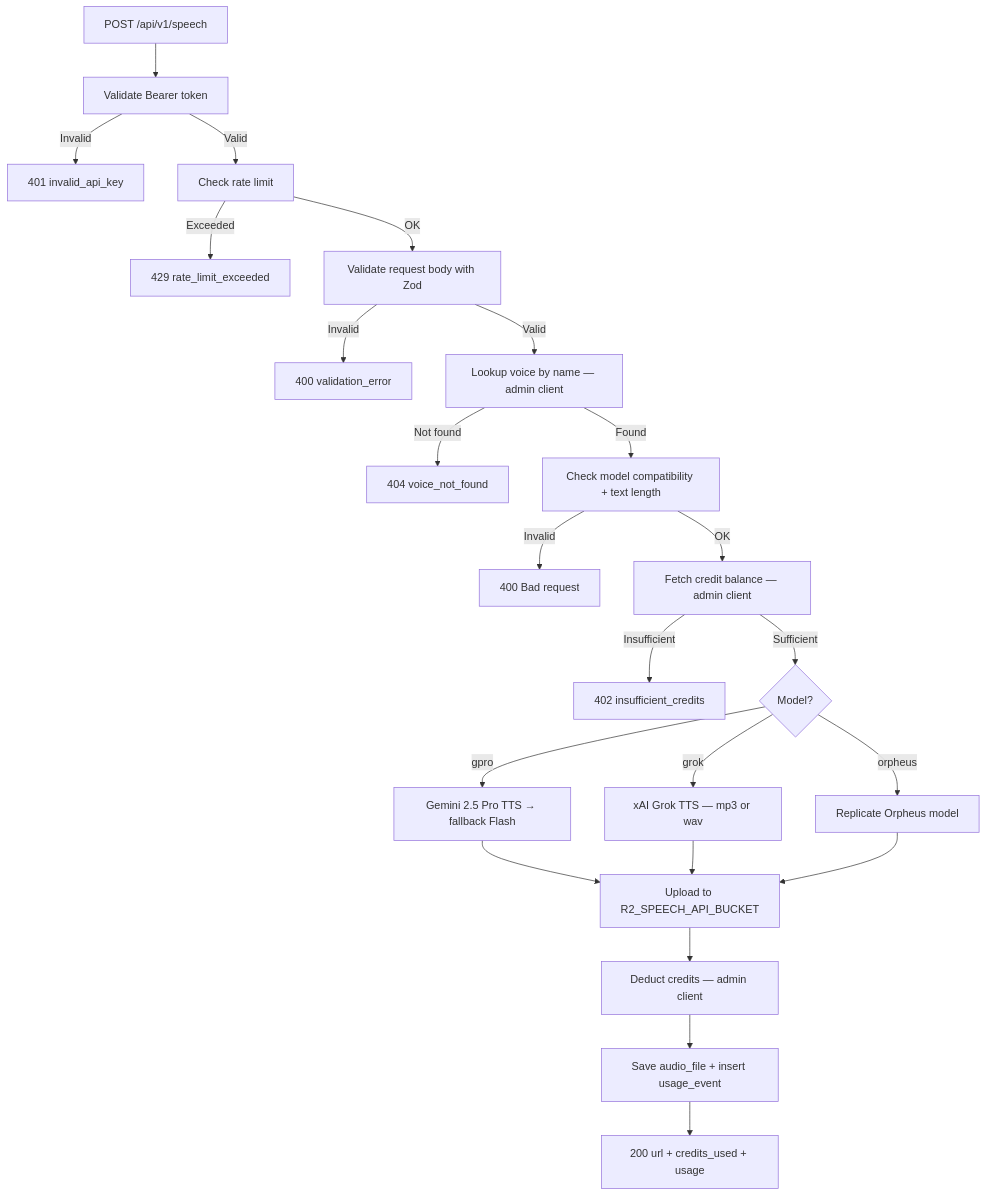
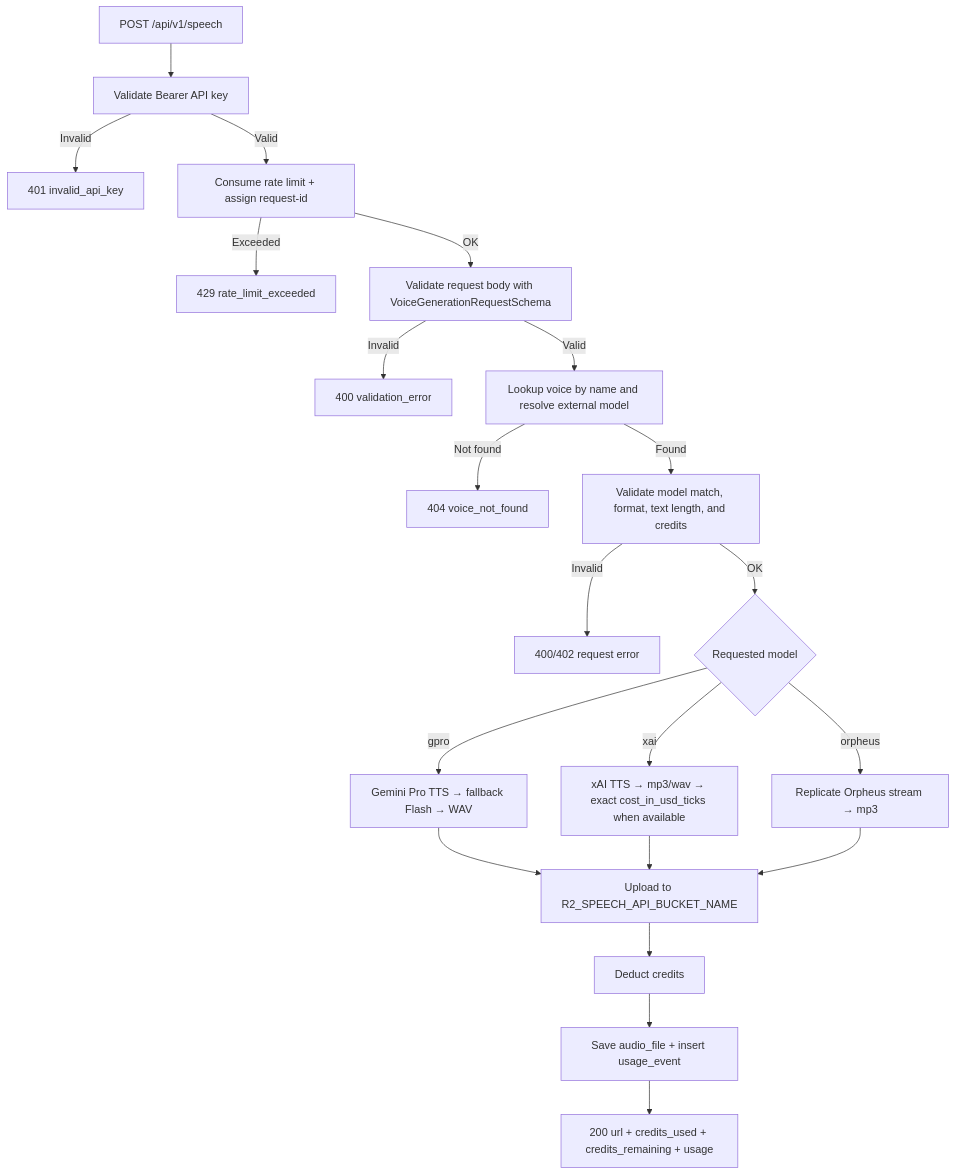
One commit to gianpaj/sexyvoice changed the first of 4 diagrams in ARCHITECTURE.md. Above: the diagram before and after it, drawn with Mermaid. The commit also changed other lines of this file and 4 other files, not shown here.

````diff
--- a/ARCHITECTURE.md
+++ b/ARCHITECTURE.md
@@ -76,25 +127,23 @@
 ```mermaid
 flowchart TD
-    A[POST /api/v1/speech] --> B[Validate Bearer token]
+    A[POST /api/v1/speech] --> B[Validate Bearer API key]
     B -->|Invalid| Z1[401 invalid_api_key]
-    B -->|Valid| C[Check rate limit]
+    B -->|Valid| C[Consume rate limit + assign request-id]
     C -->|Exceeded| Z2[429 rate_limit_exceeded]
-    C -->|OK| D[Validate request body with Zod]
+    C -->|OK| D[Validate request body with VoiceGenerationRequestSchema]
     D -->|Invalid| Z3[400 validation_error]
-    D -->|Valid| E[Lookup voice by name — admin client]
+    D -->|Valid| E[Lookup voice by name and resolve external model]
     E -->|Not found| Z4[404 voice_not_found]
-    E -->|Found| F[Check model compatibility + text length]
-    F -->|Invalid| Z5[400 Bad request]
-    F -->|OK| G[Fetch credit balance — admin client]
-    G -->|Insufficient| Z6[402 insufficient_credits]
-    G -->|Sufficient| H{Model?}
-    H -->|gpro| I[Gemini 2.5 Pro TTS → fallback Flash]
-    H -->|grok| J2[xAI Grok TTS — mp3 or wav]
-    H -->|orpheus| J[Replicate Orpheus model]
-    I --> K[Upload to R2_SPEECH_API_BUCKET]
-    J2 --> K
+    E -->|Found| F[Validate model match, format, text length, and credits]
+    F -->|Invalid| Z5[400/402 request error]
+    F -->|OK| G{Requested model}
+    G -->|gpro| H[Gemini Pro TTS → fallback Flash → WAV]
+    G -->|xai| I[xAI TTS → mp3/wav → exact cost_in_usd_ticks when available]
+    G -->|orpheus| J[Replicate Orpheus stream → mp3]
+    H --> K[Upload to R2_SPEECH_API_BUCKET_NAME]
+    I --> K
     J --> K
-    K --> L[Deduct credits — admin client]
+    K --> L[Deduct credits]
     L --> M[Save audio_file + insert usage_event]
-    M --> N[200 url + credits_used + usage]
+    M --> N[200 url + credits_used + credits_remaining + usage]
 ```
````
